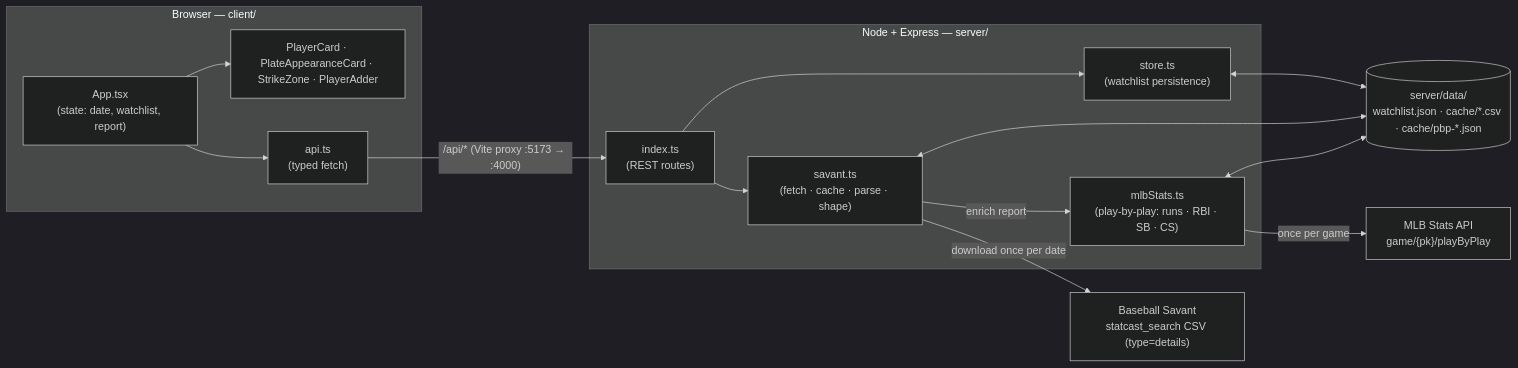
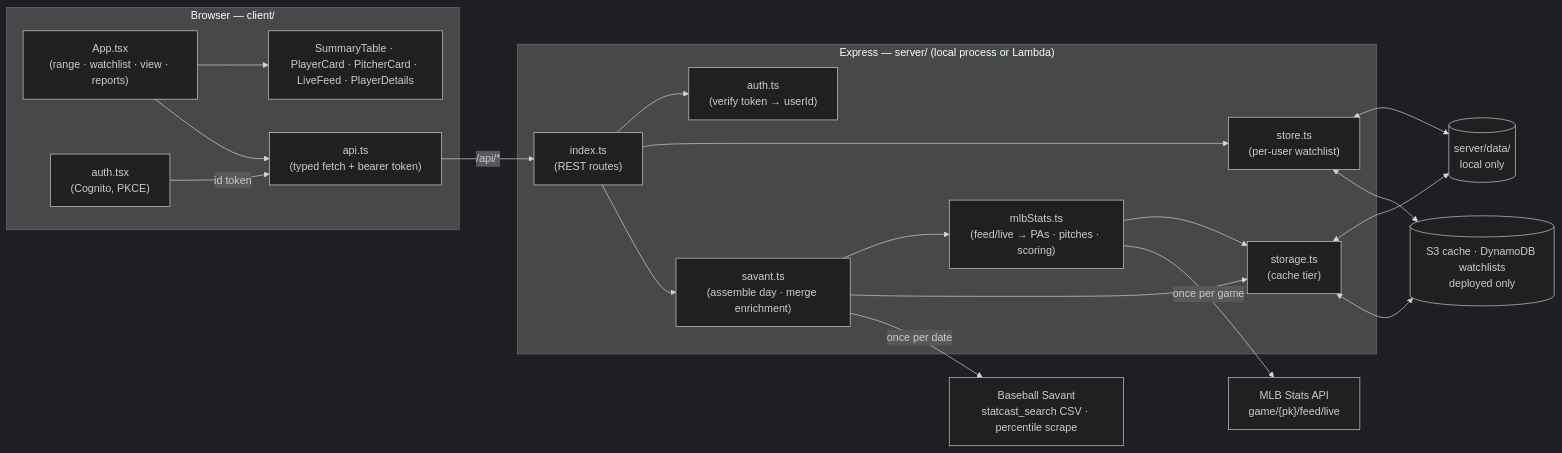
Before and after one commit to tmd913/baseball-sicko-stats: the first of 3 diagrams in README.md, drawn with Mermaid (dark theme). The commit also changed other lines of this file and 1 other file, not shown here.

````diff
--- a/README.md
+++ b/README.md
@@ -53,31 +64,40 @@
 ```mermaid
 flowchart LR
   subgraph Browser["Browser — client/"]
-    App["App.tsx<br/>(state: date, watchlist, report)"]
-    Cmp["PlayerCard · PlateAppearanceCard · StrikeZone · PlayerAdder"]
-    Api["api.ts<br/>(typed fetch)"]
+    App["App.tsx<br/>(range · watchlist · view · reports)"]
+    Cmp["SummaryTable · PlayerCard · PitcherCard · LiveFeed · PlayerDetails"]
+    Auth["auth.tsx<br/>(Cognito, PKCE)"]
+    Api["api.ts<br/>(typed fetch + bearer token)"]
     App --> Cmp
     App --> Api
+    Auth -- "id token" --> Api
   end
 
-  subgraph Server["Node + Express — server/"]
+  subgraph Server["Express — server/ (local process or Lambda)"]
     Routes["index.ts<br/>(REST routes)"]
-    Store["store.ts<br/>(watchlist persistence)"]
-    Savant["savant.ts<br/>(fetch · cache · parse · shape)"]
-    Stats["mlbStats.ts<br/>(play-by-play: runs · RBI · SB · CS)"]
+    AuthMw["auth.ts<br/>(verify token → userId)"]
+    Store["store.ts<br/>(per-user watchlist)"]
+    Savant["savant.ts<br/>(assemble day · merge enrichment)"]
+    Stats["mlbStats.ts<br/>(feed/live → PAs · pitches · scoring)"]
+    Storage["storage.ts<br/>(cache tier)"]
+    Routes --> AuthMw
     Routes --> Store
     Routes --> Savant
-    Savant -- "enrich report" --> Stats
+    Savant --> Stats
+    Savant --> Storage
+    Stats --> Storage
   end
 
-  Ext["Baseball Savant<br/>statcast_search CSV (type=details)"]
-  Api2["MLB Stats API<br/>game/{pk}/playByPlay"]
-  Disk[("server/data/<br/>watchlist.json · cache/*.csv · cache/pbp-*.json")]
+  Ext["Baseball Savant<br/>statcast_search CSV · percentile scrape"]
+  Api2["MLB Stats API<br/>game/{pk}/feed/live"]
+  Local[("server/data/<br/>local only")]
+  Cloud[("S3 cache · DynamoDB watchlists<br/>deployed only")]
 
-  Api -- "/api/* (Vite proxy :5173 → :4000)" --> Routes
-  Store <--> Disk
-  Savant <--> Disk
-  Stats <--> Disk
-  Savant -- "download once per date" --> Ext
+  Api -- "/api/*" --> Routes
+  Storage <--> Local
+  Storage <--> Cloud
+  Store <--> Local
+  Store <--> Cloud
+  Savant -- "once per date" --> Ext
   Stats -- "once per game" --> Api2
 ```
````
